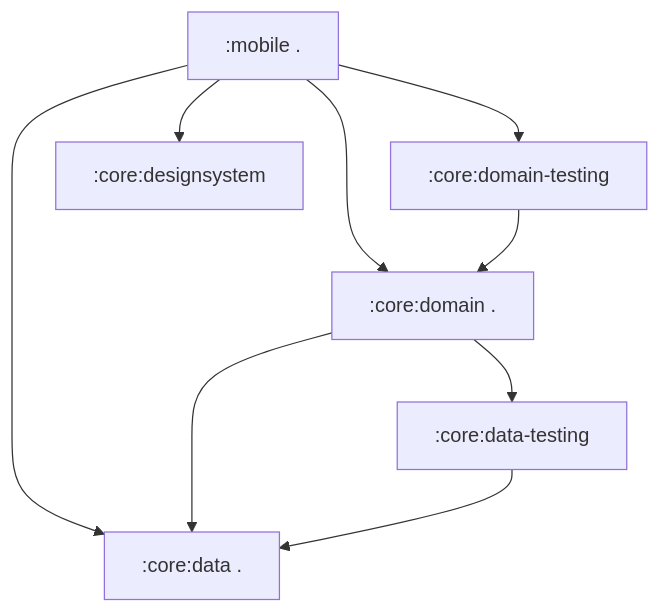
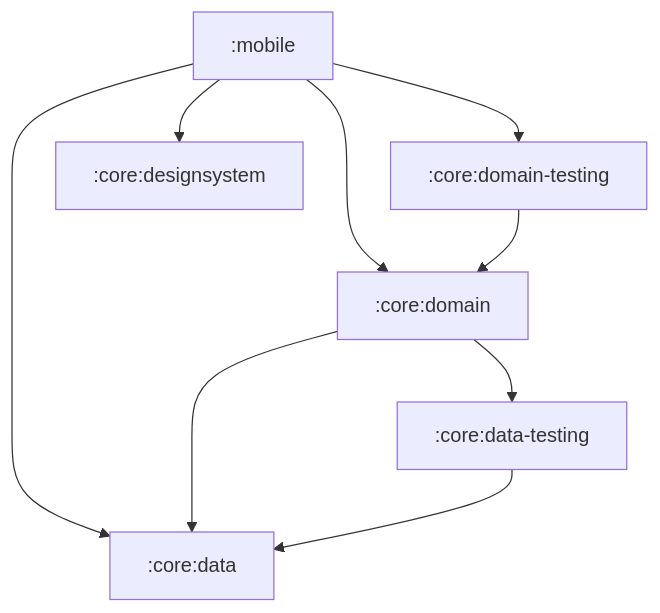
Before and after one commit to JetBrains/kotlin-multiplatform-dev-docs: the first of 2 diagrams in topics/migrate-from-android.md, drawn with Mermaid.

Commit message:
fix: removing Mermaid workarounds as the bug is fixed

````diff
--- a/topics/migrate-from-android.md
+++ b/topics/migrate-from-android.md
@@ -227,34 +227,34 @@
 ```mermaid
 flowchart TB
   %% Style for modules
   %% classDef Module fill:#e6f7ff,stroke:#0086c9,stroke-width:1px,color:#003a52
 
   %% Modules
-  M_MOBILE[":mobile ."]
-  M_CORE_DATA[":core:data ."]
+  M_MOBILE[":mobile"]
+  M_CORE_DATA[":core:data"]
   M_CORE_DATA_TESTING[":core:data-testing"]
-  M_CORE_DOMAIN[":core:domain ."]
+  M_CORE_DOMAIN[":core:domain"]
   M_CORE_DOMAIN_TESTING[":core:domain-testing"]
   M_CORE_DESIGNSYSTEM[":core:designsystem"]
 
   class M_MOBILE,M_CORE_DATA,M_CORE_DATA_TESTING,M_CORE_DOMAIN,M_CORE_DOMAIN_TESTING,M_CORE_DESIGNSYSTEM Module
 
   %% Internal dependencies between modules
   %% :mobile
   M_MOBILE --> M_CORE_DATA
   M_MOBILE --> M_CORE_DESIGNSYSTEM
   M_MOBILE --> M_CORE_DOMAIN
   M_MOBILE --> M_CORE_DOMAIN_TESTING
 
   %% :core:domain
   M_CORE_DOMAIN --> M_CORE_DATA
   M_CORE_DOMAIN --> M_CORE_DATA_TESTING
 
   %% :core:data-testing
   M_CORE_DATA_TESTING --> M_CORE_DATA
 
   %% :core:domain-testing
   M_CORE_DOMAIN_TESTING --> M_CORE_DOMAIN
 
   %% :core:designsystem and :core:data have no intra-project dependencies
 ```
````
